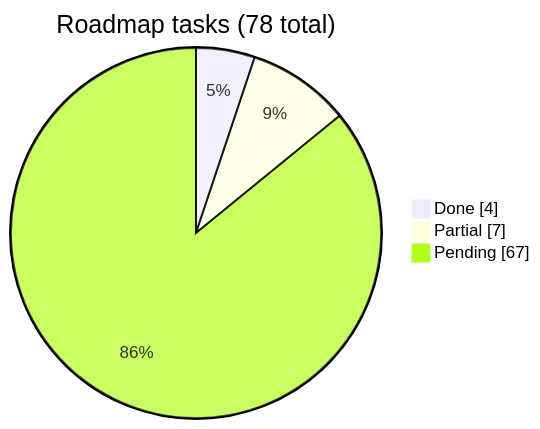
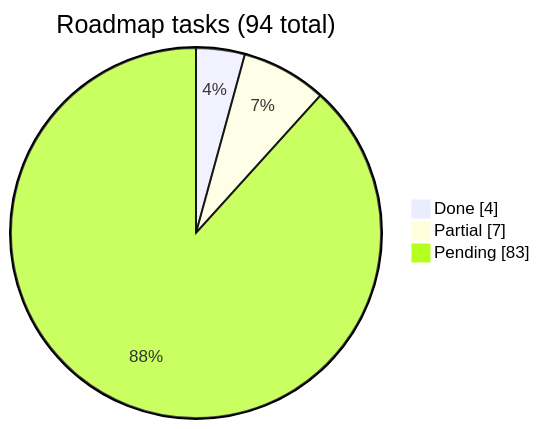
The diagram in docs/roadmap/README.md (adelgadox/fastapi-nextjs-boilerplate), drawn with Mermaid before and after one commit. The commit also changed other lines of this file and 2 other files, not shown here.

Commit message:
docs(roadmap): add phase 09 — Payments (Stripe)
Backport plan for Stripe from bioflow. 16 tasks, Source column per task.
Highlights: stripe_events webhook idempotency (the recipe in optional-layers
taught the insecure no-dedupe pattern), backend-owned checkout, no customer_id
from body (IDOR), redirect allow-list + mobile deep links (host-parsed, not
startswith), server-side success verification, dual-source plan expiry.

Also flag the insecure webhook in optional-layers.md and point to phase-09.
Update roadmap index (mermaid + totals: 78->94 tasks).

````diff
--- a/docs/roadmap/README.md
+++ b/docs/roadmap/README.md
@@ -13,7 +13,7 @@
 ```mermaid
 pie showData
-  title Roadmap tasks (78 total)
+  title Roadmap tasks (94 total)
   "Done" : 4
   "Partial" : 7
-  "Pending" : 67
+  "Pending" : 83
 ```
````
